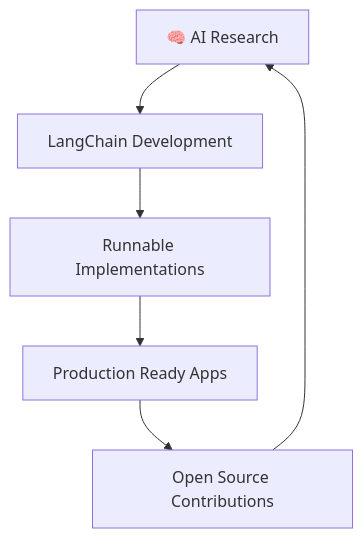
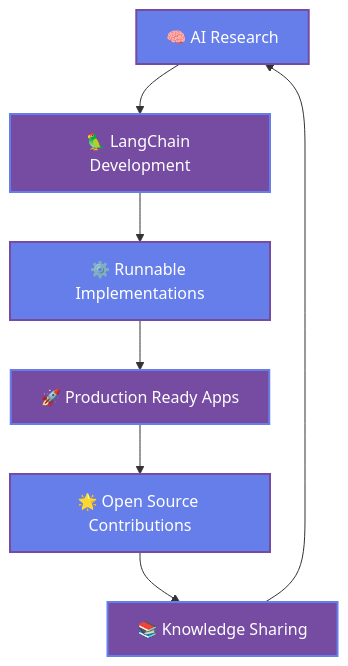
Before and after one commit to Void-Anvesha/Void-Anvesha: the diagram in README.md, drawn with Mermaid. The commit also changed other lines of this file, not shown here.

````diff
--- a/README.md
+++ b/README.md
@@ -119,8 +123,16 @@
 ```mermaid
 graph TD
-    A[🧠 AI Research] --> B[LangChain Development]
-    B --> C[Runnable Implementations]
-    C --> D[Production Ready Apps]
-    D --> E[Open Source Contributions]
-    E --> A
+    A[🧠 AI Research] --> B[🦜 LangChain Development]
+    B --> C[⚙️ Runnable Implementations]
+    C --> D[🚀 Production Ready Apps]
+    D --> E[🌟 Open Source Contributions]
+    E --> F[📚 Knowledge Sharing]
+    F --> A
+    
+    style A fill:#667eea,stroke:#764ba2,stroke-width:2px,color:#fff
+    style B fill:#764ba2,stroke:#667eea,stroke-width:2px,color:#fff
+    style C fill:#667eea,stroke:#764ba2,stroke-width:2px,color:#fff
+    style D fill:#764ba2,stroke:#667eea,stroke-width:2px,color:#fff
+    style E fill:#667eea,stroke:#764ba2,stroke-width:2px,color:#fff
+    style F fill:#764ba2,stroke:#667eea,stroke-width:2px,color:#fff
 ```
````
